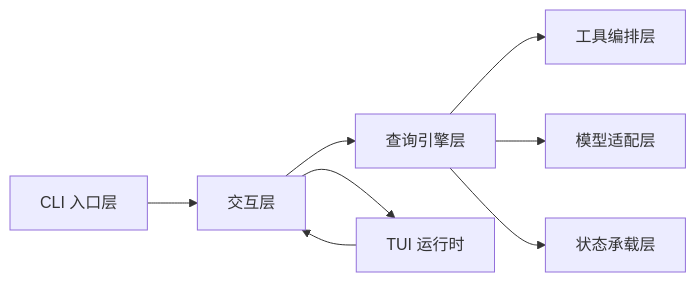
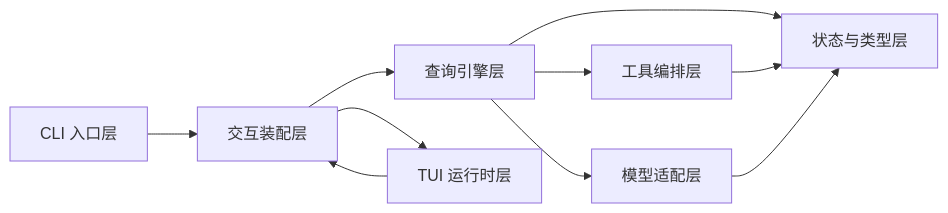
The first of 4 diagrams in notes/reviews/01-architecture-and-core-flow.md (friendlyhank/claude-code-annotated), drawn with Mermaid before and after one commit. The commit also changed other lines of this file and 11 other files, not shown here.

First line of the commit message:
docs: 更新 graphify 知识图谱与架构蓝图文档

````diff
--- a/notes/reviews/01-architecture-and-core-flow.md
+++ b/notes/reviews/01-architecture-and-core-flow.md
@@ -13,10 +60,12 @@
 ```mermaid
 flowchart LR
-    A[CLI 入口层] --> B[交互层]
+    A[CLI 入口层] --> B[交互装配层]
     B --> C[查询引擎层]
-    C --> D[工具编排层]
-    C --> E[模型适配层]
-    C --> F[状态承载层]
-    B --> G[TUI 运行时]
+    C --> D[模型适配层]
+    C --> E[工具编排层]
+    C --> F[状态与类型层]
+    B --> G[TUI 运行时层]
     G --> B
+    E --> F
+    D --> F
 ```
````
